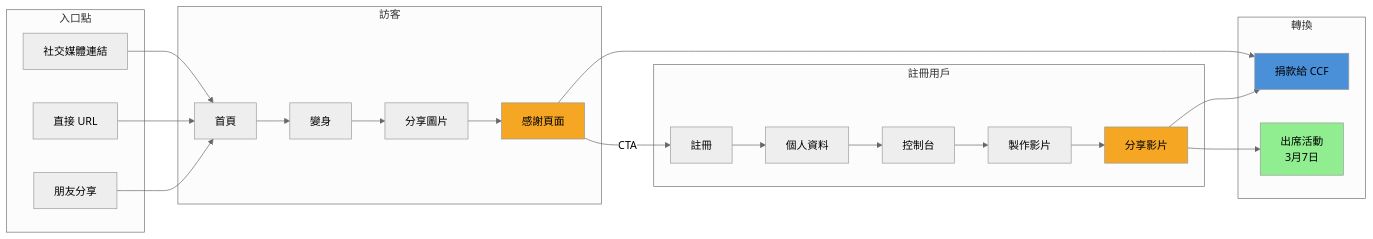
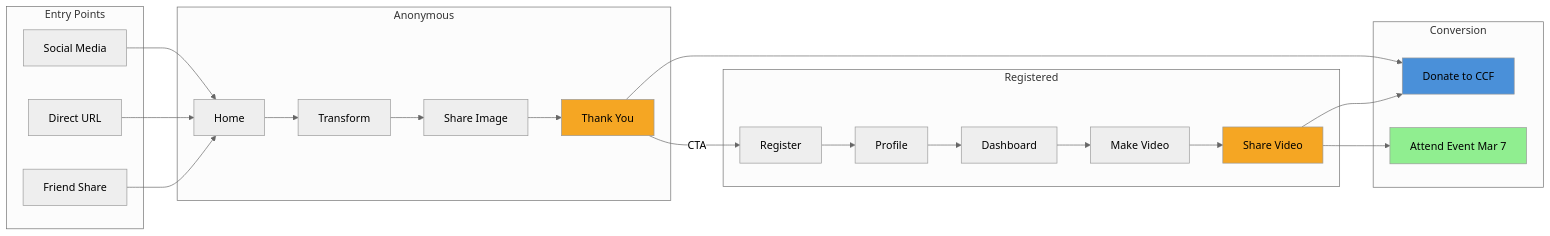
The fourth of 7 diagrams in documents/2026-01-06-ccf-shave-for-hope-technical-plan.md (ZorroCheng-MC/sharehub), drawn with Mermaid (neutral theme) before and after one commit. The commit also changed other lines of this file, not shown here.

Commit message:
Fix Mermaid diagram syntax for GitHub Pages rendering

````diff
--- a/documents/2026-01-06-ccf-shave-for-hope-technical-plan.md
+++ b/documents/2026-01-06-ccf-shave-for-hope-technical-plan.md
@@ -195,40 +187,40 @@
 ```mermaid
 flowchart LR
-    subgraph ENTRY["入口點"]
-        A1[社交媒體連結]
-        A2[直接 URL]
-        A3[朋友分享]
+    subgraph ENTRY["Entry Points"]
+        A1["Social Media"]
+        A2["Direct URL"]
+        A3["Friend Share"]
     end
 
-    subgraph ANONYMOUS["訪客"]
-        B[首頁] --> C[變身]
-        C --> D[分享圖片]
-        D --> X[感謝頁面]
+    subgraph ANONYMOUS["Anonymous"]
+        B["Home"] --> C["Transform"]
+        C --> D["Share Image"]
+        D --> X["Thank You"]
     end
 
-    subgraph REGISTERED["註冊用戶"]
-        E[註冊] --> F[個人資料]
-        F --> G[控制台]
-        G --> H[製作影片]
-        H --> I[分享影片]
+    subgraph REGISTERED["Registered"]
+        E["Register"] --> F["Profile"]
+        F --> G["Dashboard"]
+        G --> H["Make Video"]
+        H --> I["Share Video"]
     end
 
-    subgraph CONVERSION["轉換"]
-        J[捐款給 CCF]
-        K[出席活動<br/>3月7日]
+    subgraph CONVERSION["Conversion"]
+        J["Donate to CCF"]
+        K["Attend Event Mar 7"]
     end
 
     A1 --> B
     A2 --> B
     A3 --> B
 
     X --> J
     X -->|CTA| E
     I --> J
     I --> K
 
     style X fill:#F5A623
     style I fill:#F5A623
     style J fill:#4A90D9
     style K fill:#90EE90
 ```
````
